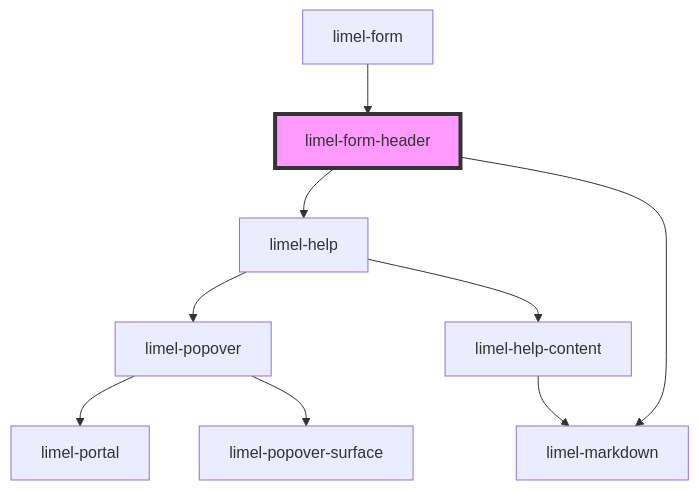
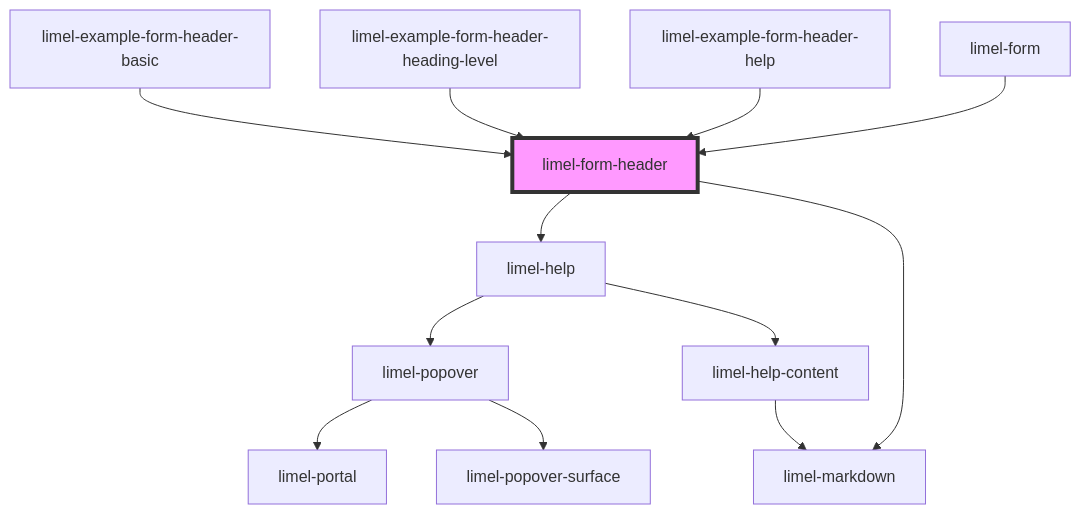
Before and after one commit to Lundalogik/lime-elements: the diagram in versions/PR-4450/markdown-docs/components/form-header/readme.md, drawn with Mermaid. The commit also changed other lines of this file and 600 other files, not shown here.

````diff
--- a/versions/PR-4450/markdown-docs/components/form-header/readme.md
+++ b/versions/PR-4450/markdown-docs/components/form-header/readme.md
@@ -43,12 +46,15 @@
 ```mermaid
 graph TD;
   limel-form-header --> limel-help
   limel-form-header --> limel-markdown
   limel-help --> limel-popover
   limel-help --> limel-help-content
   limel-popover --> limel-portal
   limel-popover --> limel-popover-surface
   limel-help-content --> limel-markdown
+  limel-example-form-header-basic --> limel-form-header
+  limel-example-form-header-heading-level --> limel-form-header
+  limel-example-form-header-help --> limel-form-header
   limel-form --> limel-form-header
   style limel-form-header fill:#f9f,stroke:#333,stroke-width:4px
 ```
````
